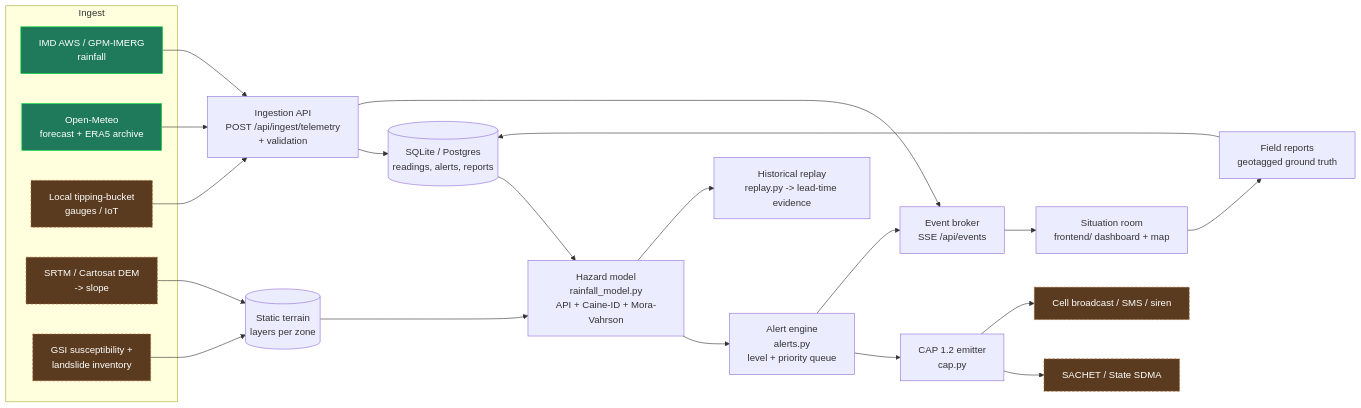
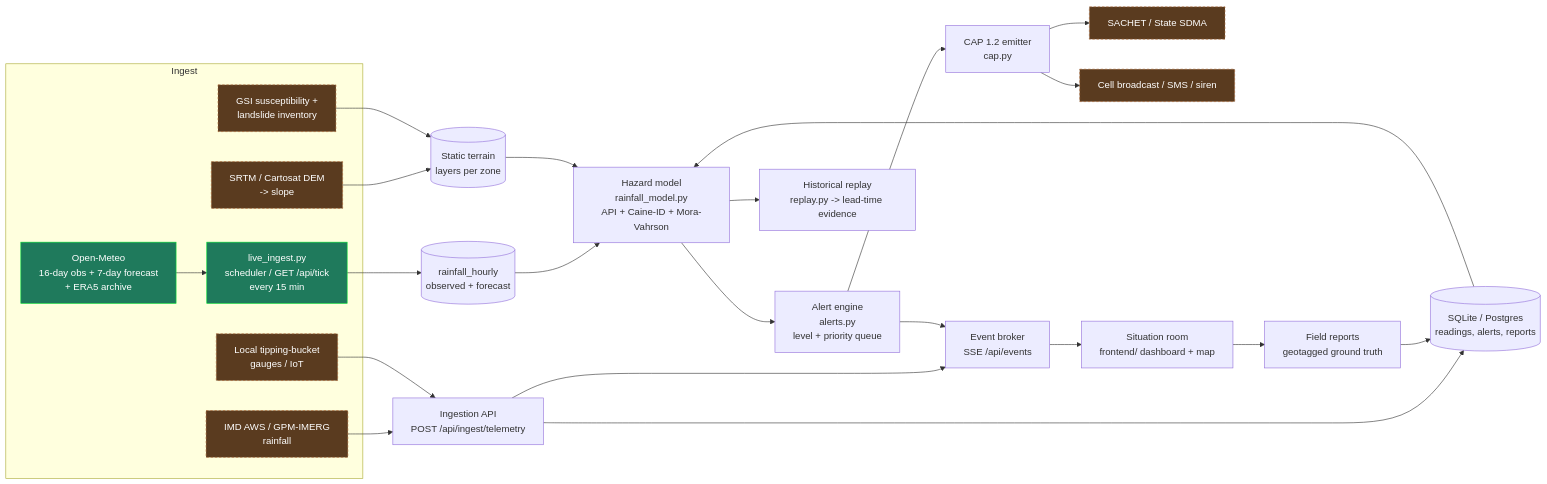
One commit to ssnam278-sudo/Code-Nexus changed the diagram in ARCHITECTURE.md. Above: the diagram before and after it, drawn with Mermaid. The commit also changed 11 other files, not shown here.

First line of the commit message:
Add real-time mode: live rainfall ingestion, forecast lead time, alert dispatch

````diff
--- a/ARCHITECTURE.md
+++ b/ARCHITECTURE.md
@@ -5,32 +5,35 @@
 ```mermaid
 flowchart LR
   subgraph Ingest
-    A1[IMD AWS / GPM-IMERG<br/>rainfall]:::live
-    A2[Open-Meteo<br/>forecast + ERA5 archive]:::live
+    A2[Open-Meteo<br/>16-day obs + 7-day forecast<br/>+ ERA5 archive]:::live
+    A6[live_ingest.py<br/>scheduler / GET /api/tick<br/>every 15 min]:::live
+    A1[IMD AWS / GPM-IMERG<br/>rainfall]:::future
     A3[Local tipping-bucket<br/>gauges / IoT]:::future
     A4[SRTM / Cartosat DEM<br/>-> slope]:::future
     A5[GSI susceptibility +<br/>landslide inventory]:::future
   end
 
-  A1 & A2 & A3 --> Q[Ingestion API<br/>POST /api/ingest/telemetry<br/>+ validation]
+  A2 --> A6 --> RH[(rainfall_hourly<br/>observed + forecast)]
+  A1 & A3 --> Q[Ingestion API<br/>POST /api/ingest/telemetry]
   A4 & A5 --> S[(Static terrain<br/>layers per zone)]
+  RH --> M
 
   Q --> DB[(SQLite / Postgres<br/>readings, alerts, reports)]
   Q --> RT[Event broker<br/>SSE /api/events]
 
   DB --> M[Hazard model<br/>rainfall_model.py<br/>API + Caine-ID + Mora-Vahrson]
   S --> M
   M --> AL[Alert engine<br/>alerts.py<br/>level + priority queue]
   AL --> CAP[CAP 1.2 emitter<br/>cap.py]
   AL --> RT
 
   CAP --> OUT1[SACHET / State SDMA]:::future
   CAP --> OUT2[Cell broadcast / SMS / siren]:::future
   RT --> UI[Situation room<br/>frontend/ dashboard + map]
   M --> REP[Historical replay<br/>replay.py -> lead-time evidence]
 
   UI --> FR[Field reports<br/>geotagged ground truth] --> DB
 
   classDef live fill:#1f7a5c,color:#fff,stroke:#0d3;
   classDef future fill:#5a3b1f,color:#fff,stroke:#a63,stroke-dasharray:4 3;
 ```
````
